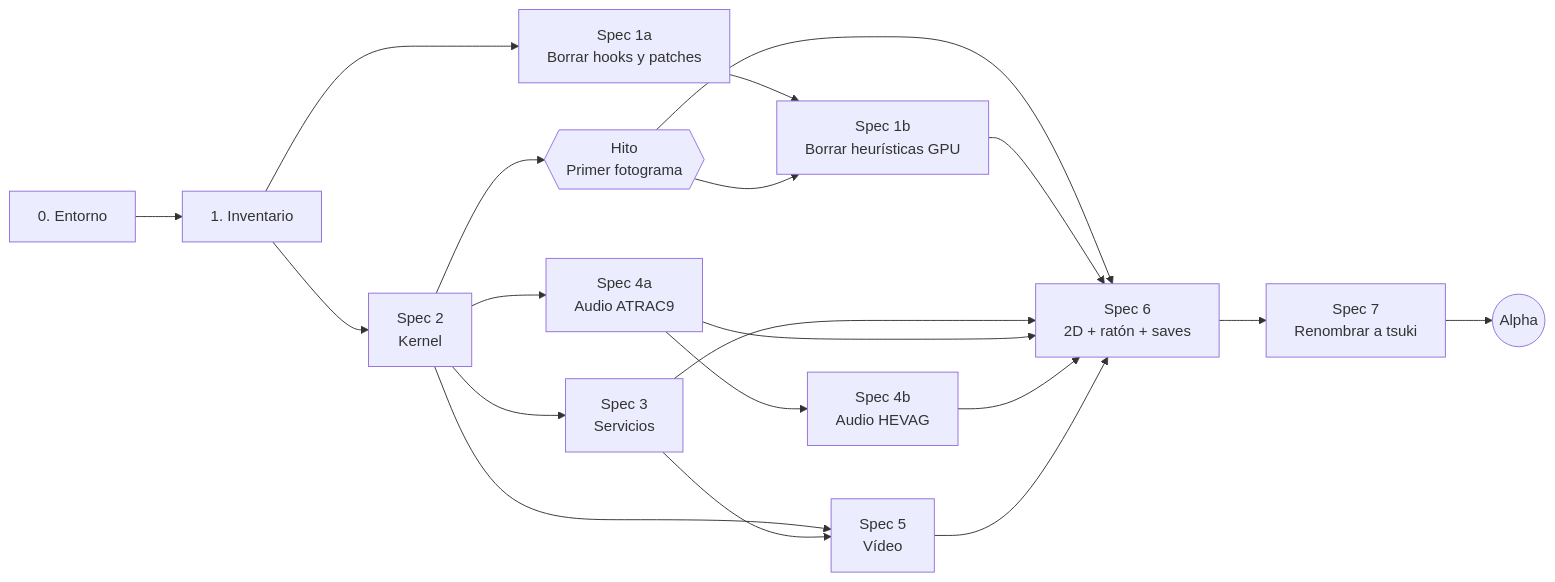
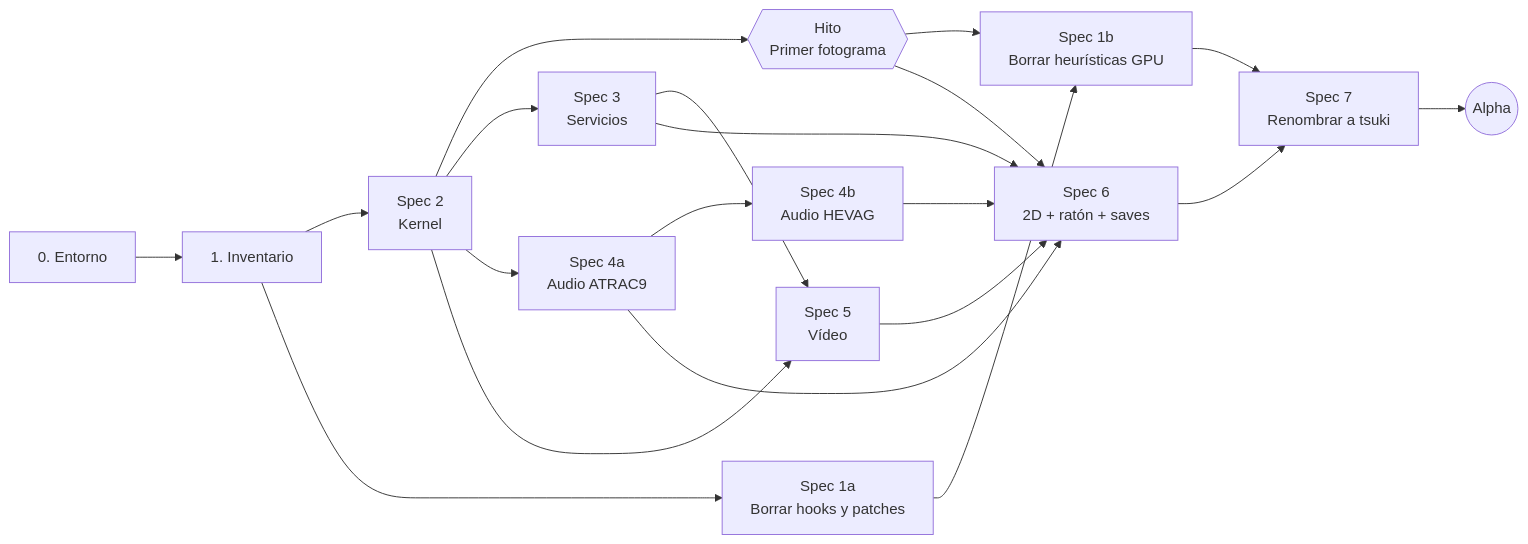
The diagram in docs/tsuki/ROADMAP.md (Waffle631/Project-Blue-Moon), drawn with Mermaid before and after one commit. The commit also changed other lines of this file and 4 other files, not shown here.

````diff
--- a/docs/tsuki/ROADMAP.md
+++ b/docs/tsuki/ROADMAP.md
@@ -194,22 +194,22 @@
 ```mermaid
 flowchart LR
     E0[0. Entorno] --> E1[1. Inventario]
     E1 --> S2[Spec 2<br/>Kernel]
     E1 --> S1A[Spec 1a<br/>Borrar hooks y patches]
     S2 --> H{{Hito<br/>Primer fotograma}}
     S1A --> S1B[Spec 1b<br/>Borrar heurísticas GPU]
     H --> S1B
     S2 --> S3[Spec 3<br/>Servicios]
     S2 --> S4A[Spec 4a<br/>Audio ATRAC9]
     S4A --> S4B[Spec 4b<br/>Audio HEVAG]
     S2 --> S5[Spec 5<br/>Vídeo]
     S3 --> S5
     H --> S6[Spec 6<br/>2D + ratón + saves]
-    S1B --> S6
     S3 --> S6
     S4A --> S6
     S4B --> S6
     S5 --> S6
     S6 --> S7[Spec 7<br/>Renombrar a tsuki]
+    S1B --> S7
     S7 --> A((Alpha))
 ```
````
